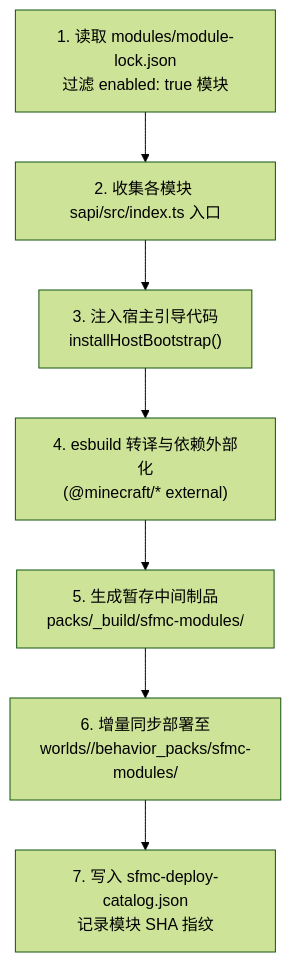
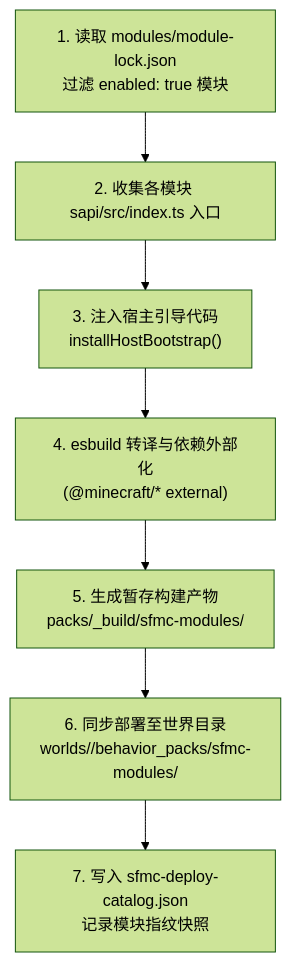
One commit to DogeLakeDev/ScriptsForMinecraftServer changed the diagram in docs/zh/dev/build-pipeline.md. Above: the diagram before and after it, drawn with Mermaid (forest theme). The commit also changed other lines of this file and 282 other files, not shown here.

````diff
--- a/docs/zh/dev/build-pipeline.md
+++ b/docs/zh/dev/build-pipeline.md
@@ -11,9 +9,9 @@
 ```mermaid
 flowchart TD
   Lock["1. 读取 modules/module-lock.json<br/>过滤 enabled: true 模块"] --> Collect["2. 收集各模块 sapi/src/index.ts 入口"]
   Collect --> Banner["3. 注入宿主引导代码<br/>installHostBootstrap()"]
   Banner --> Esbuild["4. esbuild 转译与依赖外部化<br/>(@minecraft/* external)"]
-  Esbuild --> BuildOut["5. 生成暂存中间制品<br/>packs/_build/sfmc-modules/"]
-  BuildOut --> Deploy["6. 增量同步部署至<br/>worlds/<level>/behavior_packs/sfmc-modules/"]
-  Deploy --> Catalog["7. 写入 sfmc-deploy-catalog.json<br/>记录模块 SHA 指纹"]
+  Esbuild --> BuildOut["5. 生成暂存构建产物<br/>packs/_build/sfmc-modules/"]
+  BuildOut --> Deploy["6. 同步部署至世界目录<br/>worlds/<level>/behavior_packs/sfmc-modules/"]
+  Deploy --> Catalog["7. 写入 sfmc-deploy-catalog.json<br/>记录模块指纹快照"]
 ```
````
